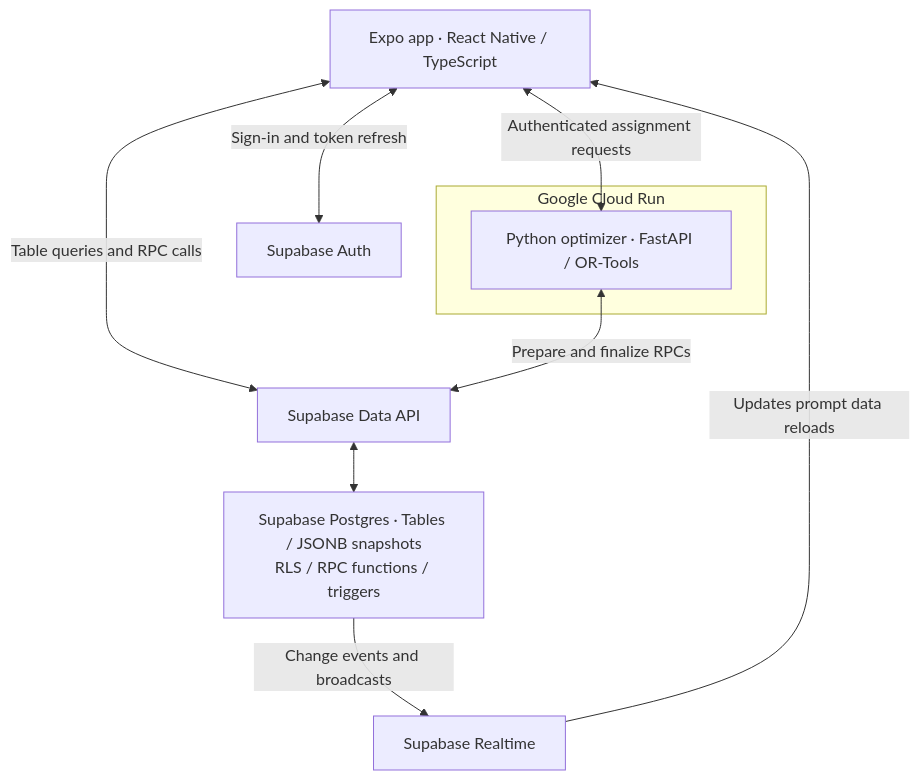
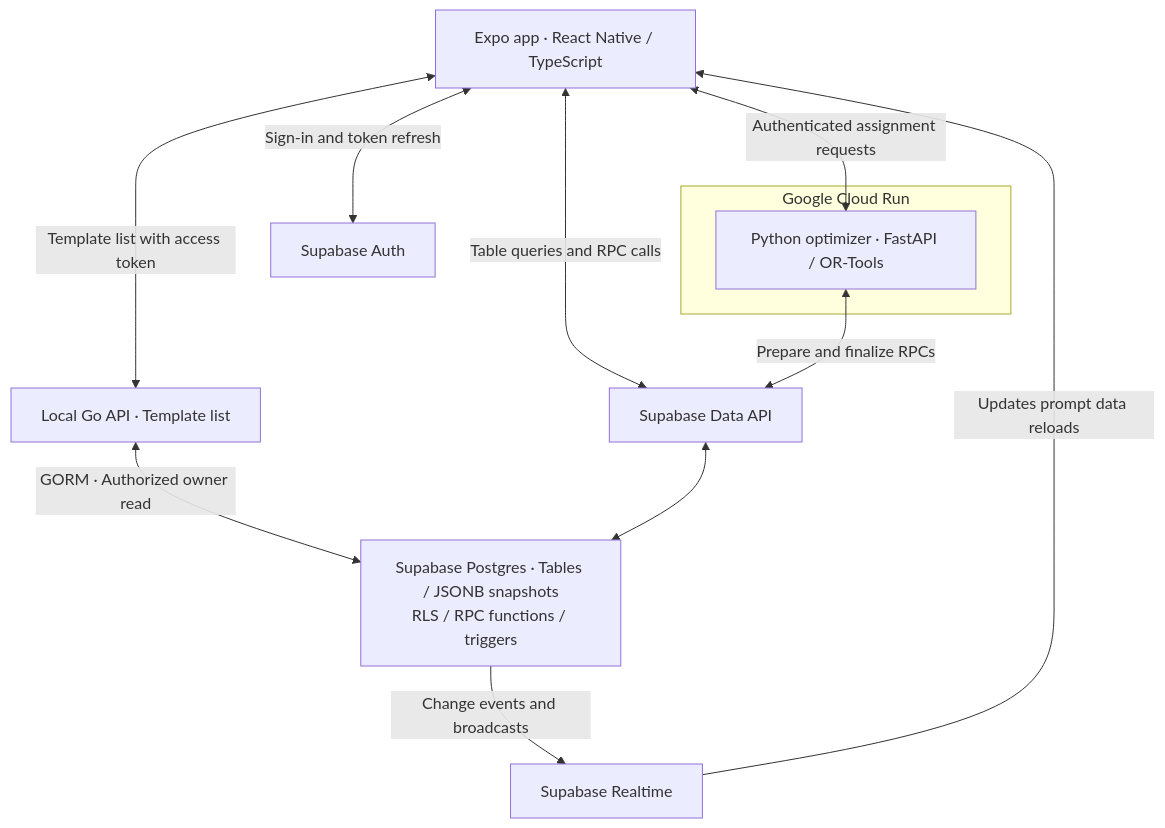
One commit to pratham124/nurse-flow changed the first of 2 diagrams in README.md. Above: the diagram before and after it, drawn with Mermaid. The commit also changed other lines of this file and 16 other files, not shown here.

Commit message:
Integrate Expo template reads with Go API

````diff
--- a/README.md
+++ b/README.md
@@ -28,19 +30,22 @@
 ```mermaid
 flowchart TD
     App["Expo app · React Native / TypeScript"]
     Auth["Supabase Auth"]
     API["Supabase Data API"]
+    GoRead["Local Go API · Template list"]
     DB["Supabase Postgres · Tables / JSONB snapshots<br/>RLS / RPC functions / triggers"]
     subgraph CloudRun["Google Cloud Run"]
         Optimizer["Python optimizer · FastAPI / OR-Tools"]
     end
     Realtime["Supabase Realtime"]
 
     App <-->|"Sign-in and token refresh"| Auth
     App <-->|"Table queries and RPC calls"| API
+    App <-->|"Template list with access token"| GoRead
+    GoRead <-->|"GORM · Authorized owner read"| DB
     API <--> DB
     App <-->|"Authenticated assignment requests"| Optimizer
     Optimizer <-->|"Prepare and finalize RPCs"| API
     DB -->|"Change events and broadcasts"| Realtime
     Realtime -->|"Updates prompt data reloads"| App
 ```
````
